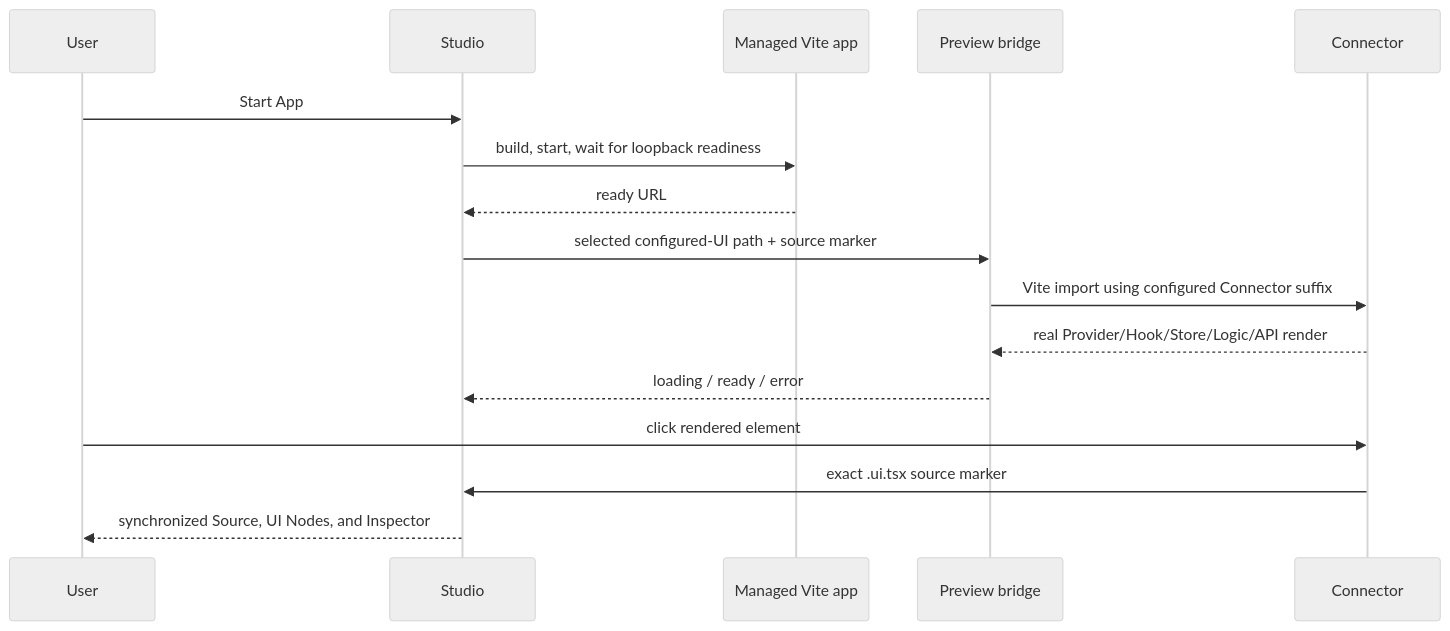
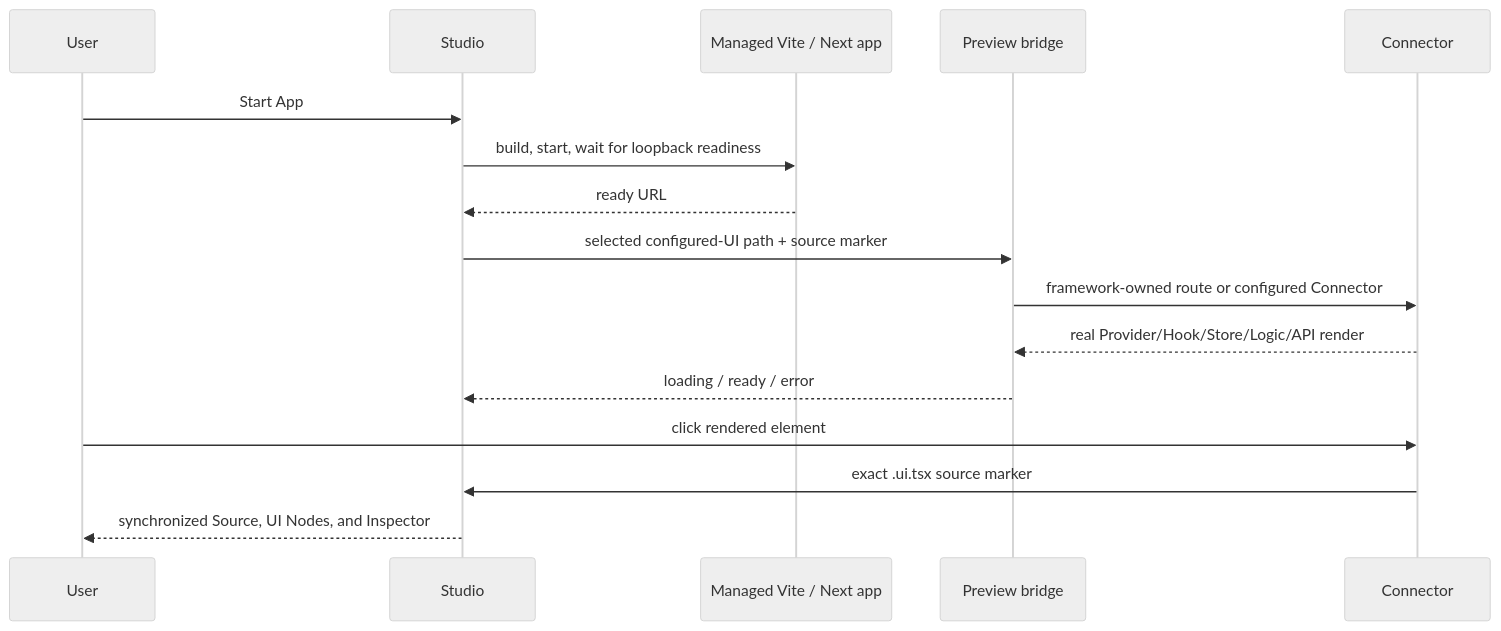
Before and after one commit to bestmaa/srijika-studio: the diagram in docs/LIVE_RUNTIME_PREVIEW.md, drawn with Mermaid (neutral theme). The commit also changed other lines of this file and 32 other files, not shown here.

First line of the commit message:
feat: add managed Next.js live preview (#15)

````diff
--- a/docs/LIVE_RUNTIME_PREVIEW.md
+++ b/docs/LIVE_RUNTIME_PREVIEW.md
@@ -21,19 +21,19 @@
 ```mermaid
 sequenceDiagram
   participant User
   participant Studio
-  participant Vite as Managed Vite app
+  participant App as Managed Vite / Next app
   participant Bridge as Preview bridge
   participant Connector
 
   User->>Studio: Start App
-  Studio->>Vite: build, start, wait for loopback readiness
-  Vite-->>Studio: ready URL
+  Studio->>App: build, start, wait for loopback readiness
+  App-->>Studio: ready URL
   Studio->>Bridge: selected configured-UI path + source marker
-  Bridge->>Connector: Vite import using configured Connector suffix
+  Bridge->>Connector: framework-owned route or configured Connector
   Connector-->>Bridge: real Provider/Hook/Store/Logic/API render
   Bridge-->>Studio: loading / ready / error
   User->>Connector: click rendered element
   Connector->>Studio: exact .ui.tsx source marker
   Studio-->>User: synchronized Source, UI Nodes, and Inspector
 ```
````
